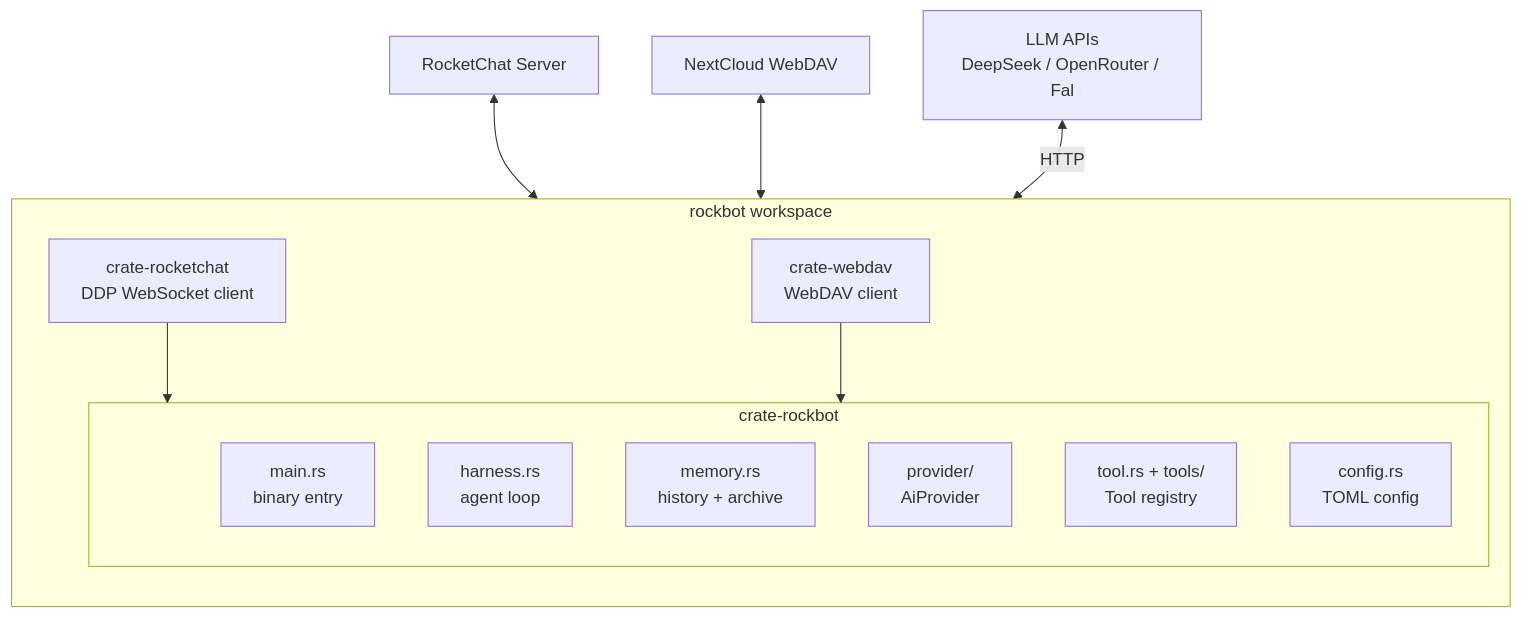
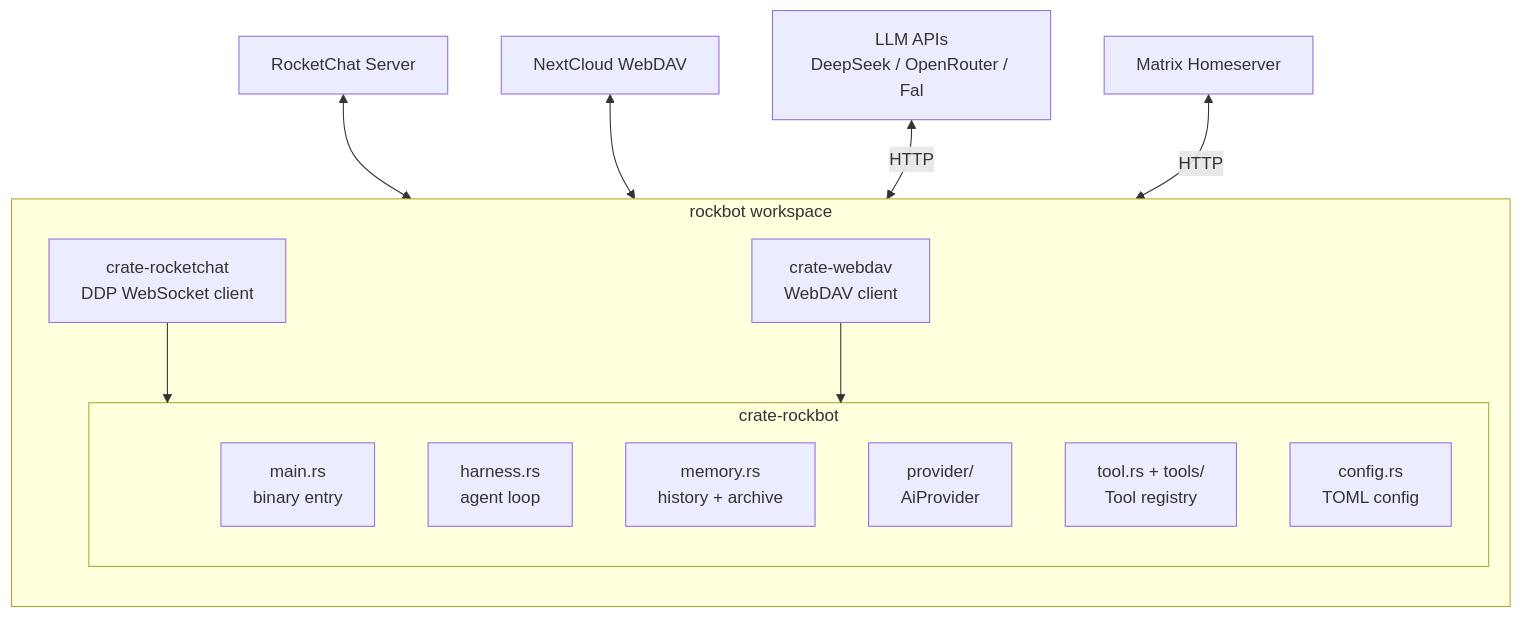
The diagram in README.md (cosmoswafer/rockbot), drawn with Mermaid before and after one commit. The commit also changed other lines of this file and 2 other files, not shown here.

````diff
--- a/README.md
+++ b/README.md
@@ -37,23 +37,24 @@
 ```mermaid
 flowchart TB
     subgraph Workspace["rockbot workspace"]
         direction TB
         subgraph rb["crate-rockbot"]
             App["main.rs<br/>binary entry"]
             AH["harness.rs<br/>agent loop"]
             Mem["memory.rs<br/>history + archive"]
             AP["provider/<br/>AiProvider"]
             TS["tool.rs + tools/<br/>Tool registry"]
             Cfg["config.rs<br/>TOML config"]
         end
         RC["crate-rocketchat<br/>DDP WebSocket client"]
         WD["crate-webdav<br/>WebDAV client"]
 
         RC --> rb
         WD --> rb
     end
 
     RCS["RocketChat Server"] <--> RC
+    MX["Matrix Homeserver"] <-->|HTTP| rb
     NC["NextCloud WebDAV"] <--> WD
     LLM["LLM APIs<br/>DeepSeek / OpenRouter / Fal"] <-->|HTTP| AP
 ```
````
